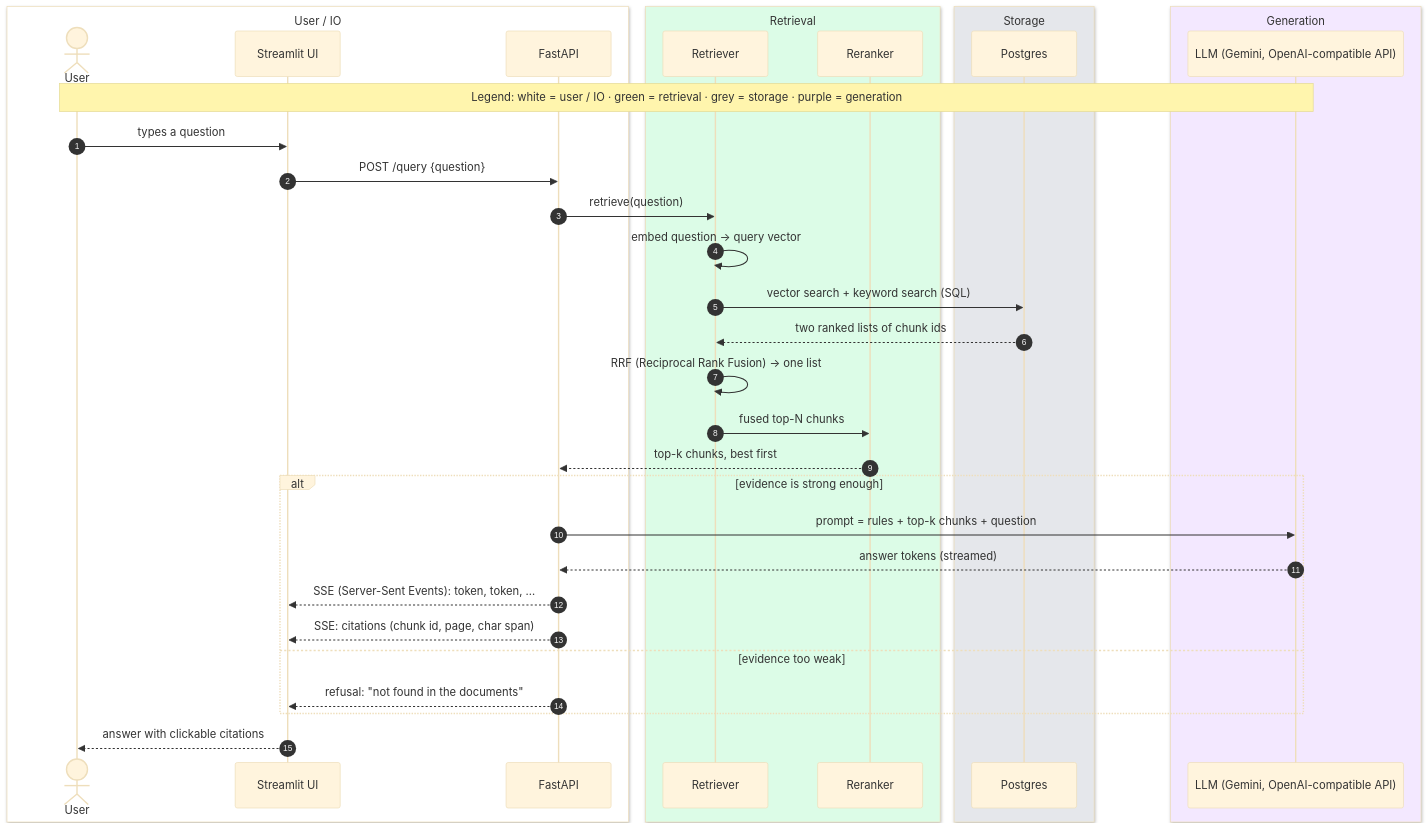
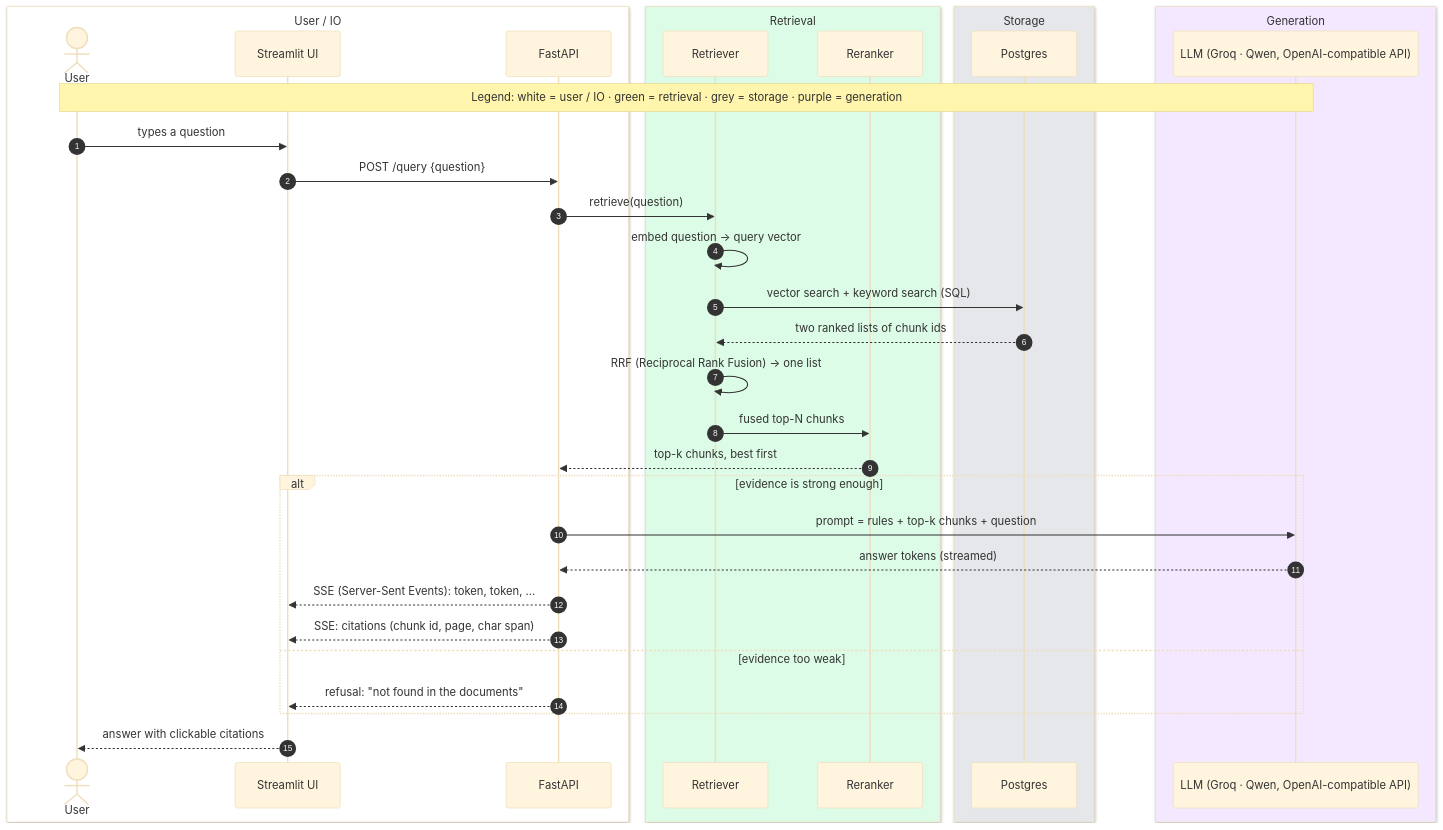
The diagram in docs/diagrams/src/02-request-lifecycle.mmd (Deoxy7/rag-assistant), drawn with Mermaid (base theme) before and after one commit. The commit also changed 69 other files, not shown here.

```diff
--- a/docs/diagrams/src/02-request-lifecycle.mmd
+++ b/docs/diagrams/src/02-request-lifecycle.mmd
@@ -1,38 +1,38 @@
 %% Owner: docs/02-architecture-overview.md — one question, from keypress to cited answer.
 sequenceDiagram
     autonumber
     box rgb(255,255,255) User / IO
         actor U as User
         participant UI as Streamlit UI
         participant API as FastAPI
     end
     box rgb(220,252,231) Retrieval
         participant R as Retriever
         participant RR as Reranker
     end
     box rgb(229,231,235) Storage
         participant DB as Postgres
     end
     box rgb(243,232,255) Generation
-        participant LLM as LLM (Gemini, OpenAI-compatible API)
+        participant LLM as LLM (Groq · Qwen, OpenAI-compatible API)
     end
 
     Note over U,LLM: Legend: white = user / IO · green = retrieval · grey = storage · purple = generation
     U->>UI: types a question
     UI->>API: POST /query {question}
     API->>R: retrieve(question)
     R->>R: embed question → query vector
     R->>DB: vector search + keyword search (SQL)
     DB-->>R: two ranked lists of chunk ids
     R->>R: RRF (Reciprocal Rank Fusion) → one list
     R->>RR: fused top-N chunks
     RR-->>API: top-k chunks, best first
     alt evidence is strong enough
         API->>LLM: prompt = rules + top-k chunks + question
         LLM-->>API: answer tokens (streamed)
         API-->>UI: SSE (Server-Sent Events): token, token, …
         API-->>UI: SSE: citations (chunk id, page, char span)
     else evidence too weak
         API-->>UI: refusal: "not found in the documents"
     end
     UI-->>U: answer with clickable citations
```
